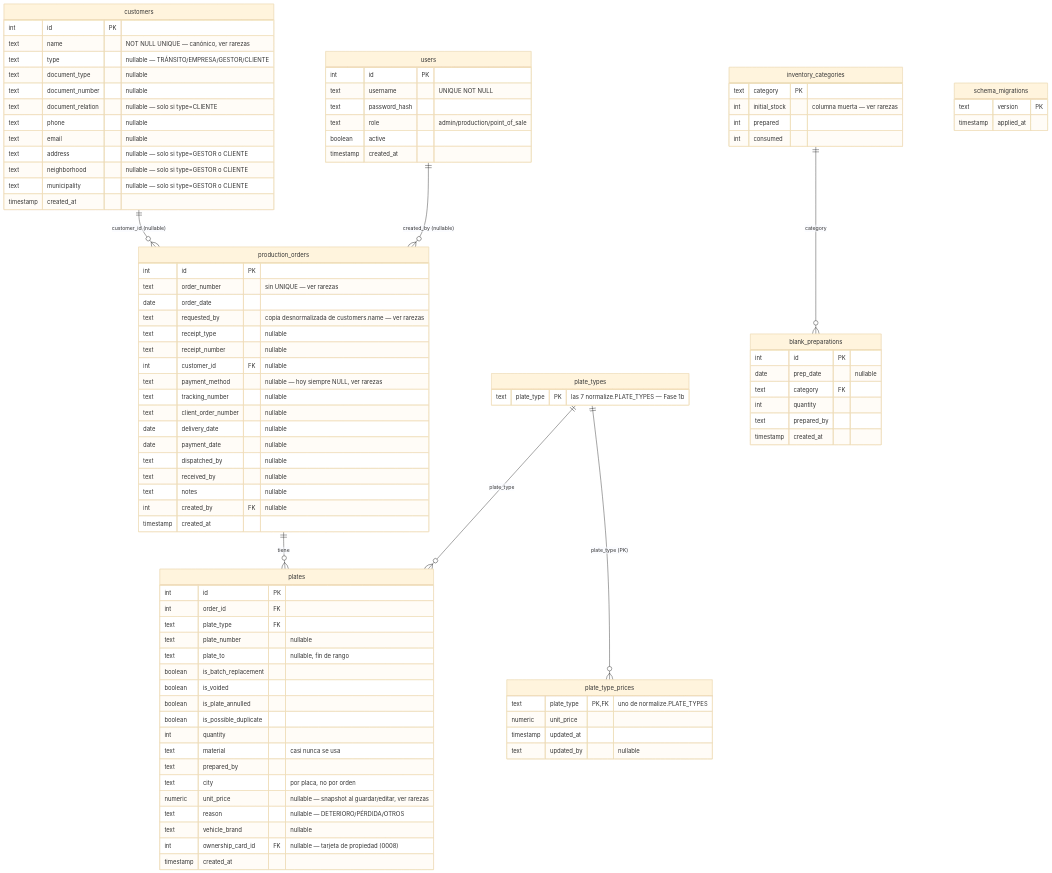
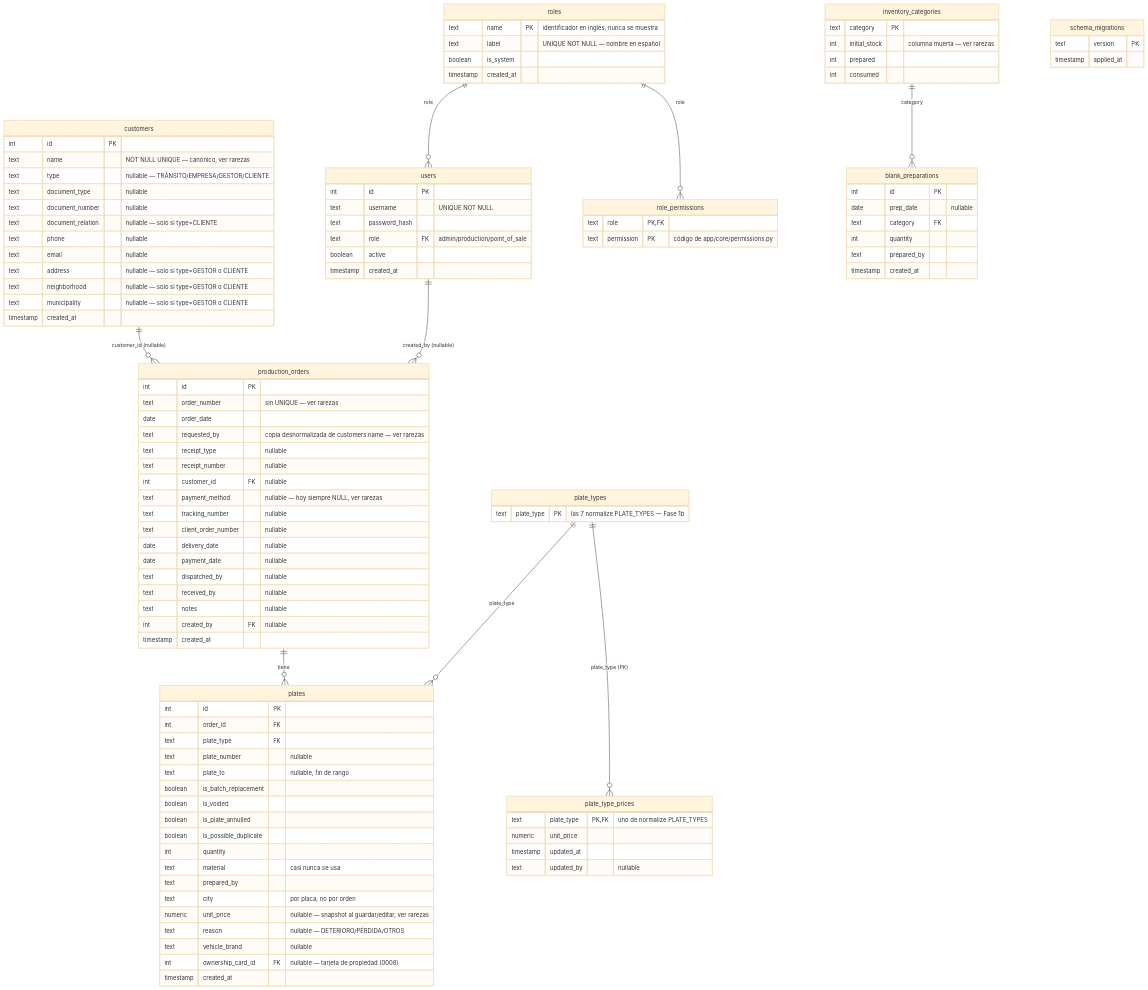
Before and after one commit to nickkmm/plates: the diagram in docs/DATABASE.md, drawn with Mermaid (base theme). The commit also changed other lines of this file and 1 other file, not shown here.

Commit message:
Document roles, role_permissions and the permission catalog

```diff
--- a/docs/DATABASE.md
+++ b/docs/DATABASE.md
@@ -47,6 +47,8 @@
     production_orders ||--o{ plates : "tiene"
     customers ||--o{ production_orders : "customer_id (nullable)"
     users ||--o{ production_orders : "created_by (nullable)"
+    roles ||--o{ users : "role"
+    roles ||--o{ role_permissions : "role"
     plate_types ||--o{ plates : "plate_type"
     plate_types ||--o{ plate_type_prices : "plate_type (PK)"
     inventory_categories ||--o{ blank_preparations : "category"
@@ -108,9 +110,19 @@
         int id PK
         text username "UNIQUE NOT NULL"
         text password_hash
-        text role "admin/production/point_of_sale"
+        text role FK "admin/production/point_of_sale"
         boolean active
         timestamp created_at
+    }
+    roles {
+        text name PK "identificador en inglés, nunca se muestra"
+        text label "UNIQUE NOT NULL — nombre en español"
+        boolean is_system
+        timestamp created_at
+    }
+    role_permissions {
+        text role PK, FK
+        text permission PK "código de app/core/permissions.py"
     }
     plate_type_prices {
         text plate_type PK, FK "uno de normalize.PLATE_TYPES"
```
